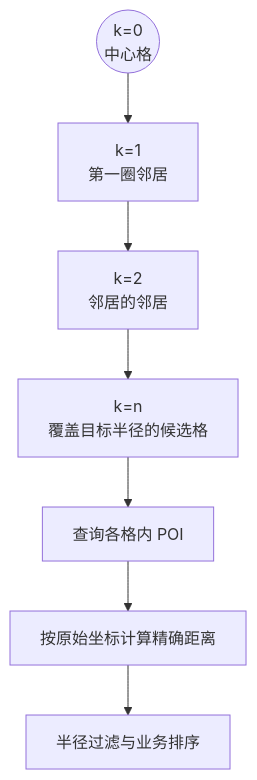
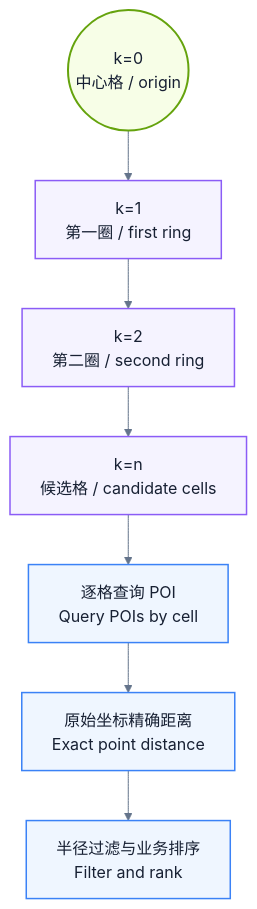
The sixth of 9 diagrams in README.md (3452078359-xuexue/knowledge-graph), drawn with Mermaid before and after one commit. The commit also changed other lines of this file and 1 other file, not shown here.

Commit message:
Add bilingual H3 guide and polished diagrams

````diff
--- a/README.md
+++ b/README.md
@@ -175,9 +228,16 @@
 ```mermaid
+%%{init: {"theme":"base","themeVariables":{"background":"#ffffff","primaryColor":"#eef6ff","primaryTextColor":"#172033","primaryBorderColor":"#3b82f6","lineColor":"#64748b","secondaryColor":"#f5f3ff","tertiaryColor":"#f7fee7","fontFamily":"Arial"}}}%%
 flowchart TD
-    O((k=0<br/>中心格)) --> A[k=1<br/>第一圈邻居]
-    A --> B[k=2<br/>邻居的邻居]
-    B --> C[k=n<br/>覆盖目标半径的候选格]
-    C --> P[查询各格内 POI]
-    P --> D[按原始坐标计算精确距离]
-    D --> R[半径过滤与业务排序]
+    O((k=0<br/>中心格 / origin)) --> A[k=1<br/>第一圈 / first ring]
+    A --> B[k=2<br/>第二圈 / second ring]
+    B --> C[k=n<br/>候选格 / candidate cells]
+    C --> P[逐格查询 POI<br/>Query POIs by cell]
+    P --> D[原始坐标精确距离<br/>Exact point distance]
+    D --> R[半径过滤与业务排序<br/>Filter and rank]
+    classDef origin fill:#f7fee7,stroke:#65a30d,color:#172033,stroke-width:2px;
+    classDef ring fill:#f5f3ff,stroke:#8b5cf6,color:#172033,stroke-width:1.5px;
+    classDef process fill:#eff6ff,stroke:#3b82f6,color:#172033,stroke-width:1.5px;
+    class O origin;
+    class A,B,C ring;
+    class P,D,R process;
 ```
````
